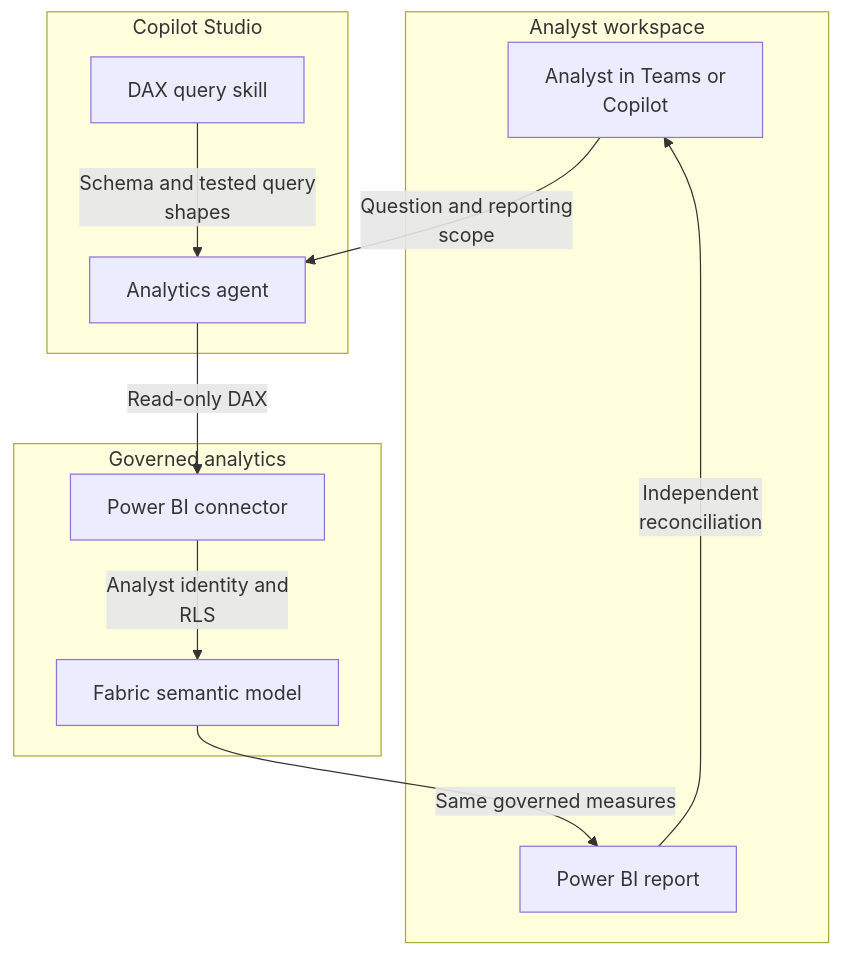
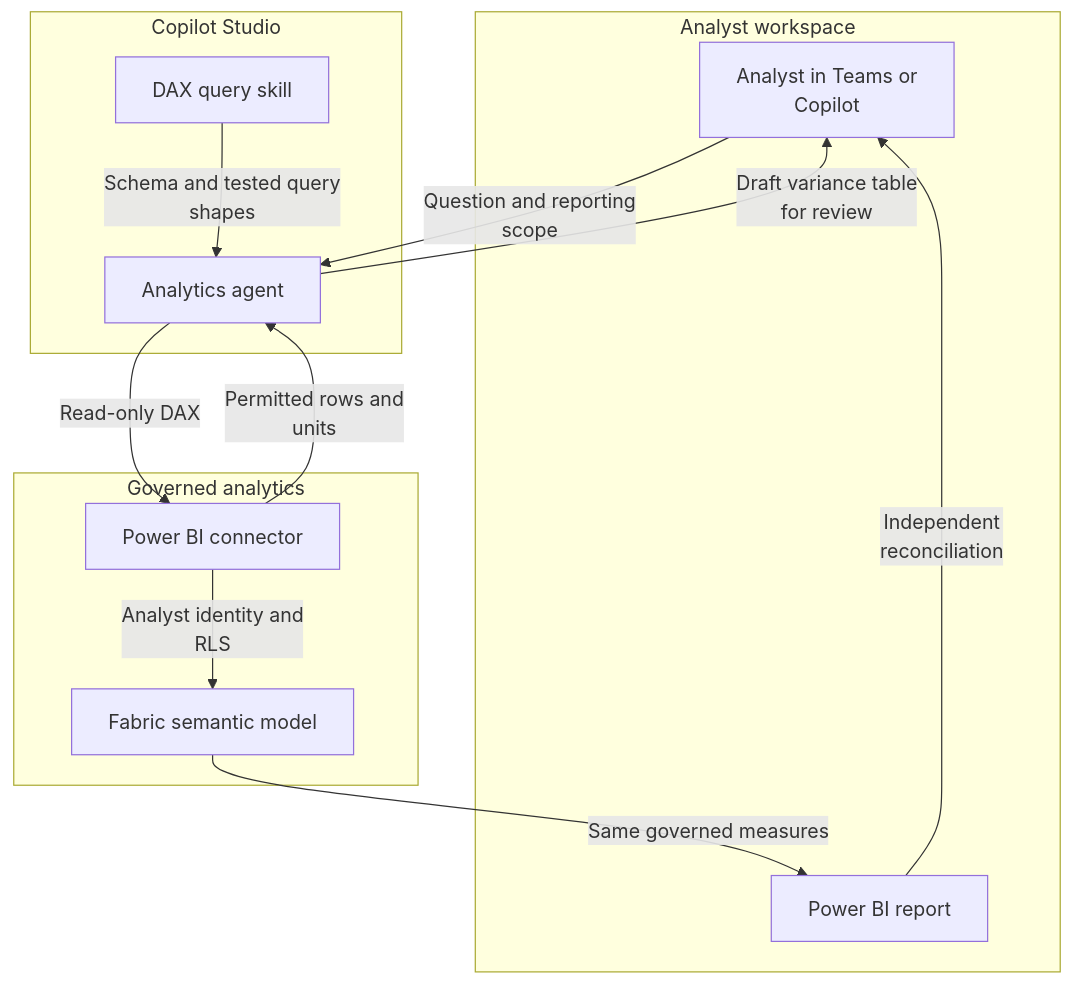
Before and after one commit to abhishek-ai-enabler/copilotstudio-architecture-patterns: the first of 2 diagrams in reference-architectures/fabric-analytics.md, drawn with Mermaid. The commit also changed 41 other files, not shown here.

First line of the commit message:
Review diagrams: add return paths and fix flow accuracy

````diff
--- a/reference-architectures/fabric-analytics.md
+++ b/reference-architectures/fabric-analytics.md
@@ -7,23 +7,25 @@
 ```mermaid
 flowchart TB
     accTitle: Analyst-reviewed reporting over a Fabric semantic model - architecture
     accDescr: Sign off the numbers against the published report under the same identity and filters. A successful DAX query is not evidence that the chosen measure was correct.
     subgraph group0["Analyst workspace"]
         U["Analyst in Teams or<br/>Copilot"]
         R["Power BI report"]
     end
     subgraph group2["Copilot Studio"]
         A["Analytics agent"]
         S["DAX query skill"]
     end
     subgraph group4["Governed analytics"]
         C["Power BI connector"]
         M["Fabric semantic model"]
     end
     U -->|"Question and reporting<br/>scope"| A
     S -->|"Schema and tested query<br/>shapes"| A
     A -->|"Read-only DAX"| C
     C -->|"Analyst identity and<br/>RLS"| M
     M -->|"Same governed measures"| R
     R -->|"Independent<br/>reconciliation"| U
+    C -->|"Permitted rows and<br/>units"| A
+    A -->|"Draft variance table<br/>for review"| U
 ```
````
